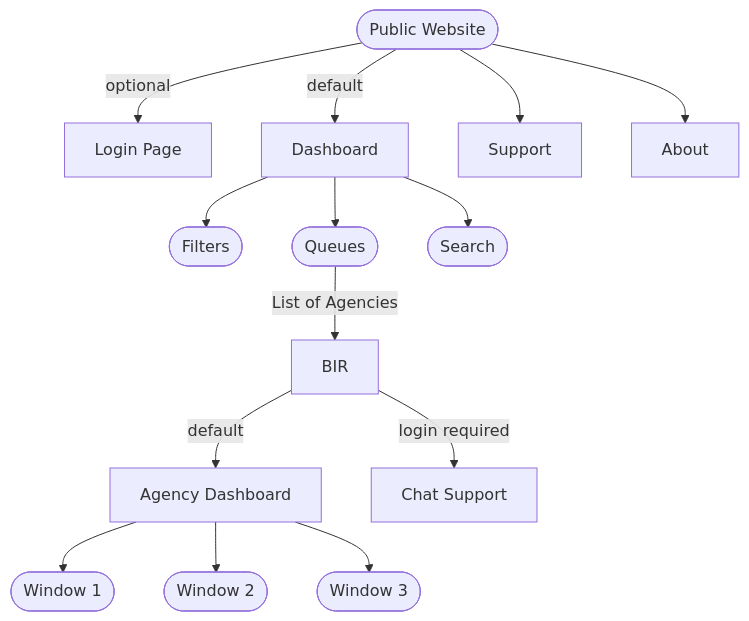
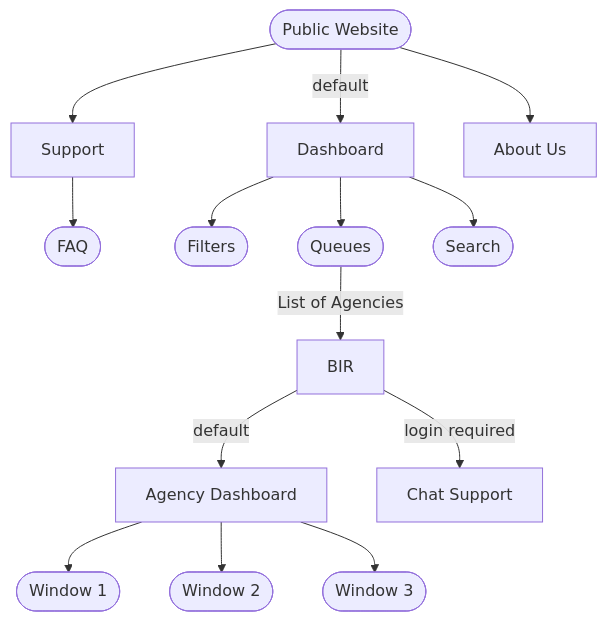
The diagram in src/mock/publicWebsite.mmd (milagos09/GovQueue-Frontend), drawn with Mermaid before and after one commit. The commit also changed 3 other files, not shown here.

Commit message:
Changes to be committed: 	modified:   src/mock/adminPortal.mmd 	modified:   src/mock/adminPortal.png 	modified:   src/mock/publicWebsite.mmd 	modified:   src/mock/publicWebsite.png

```diff
--- a/src/mock/publicWebsite.mmd
+++ b/src/mock/publicWebsite.mmd
@@ -1,14 +1,15 @@
 graph TD
-    PW([Public Website]) --> |optional| LP[Login Page]
+    PW([Public Website])
     PW --> |default| D[Dashboard]
-    PW --> S[Support]
-    PW --> A[About]
+    PW --> C[Support]
+    C --> K([FAQ])
+    PW --> A[About Us]
     D --> F([Filters])
     D --> Q([Queues])
-    D --> SE([Search])
+    D --> S([Search])
     Q --> |List of Agencies| BIR[BIR]
     BIR --> |default| AD[Agency Dashboard]
     BIR --> |login required| CS[Chat Support]
     AD --> W1([Window 1])
     AD --> W2([Window 2])
     AD --> W3([Window 3])
```
